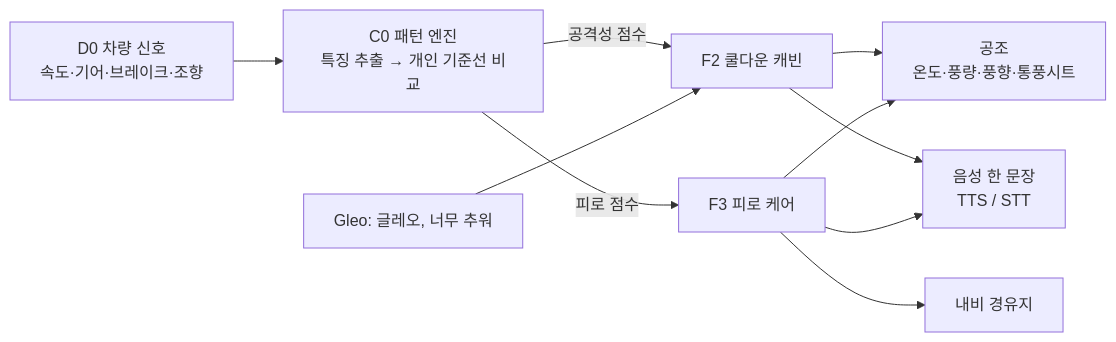
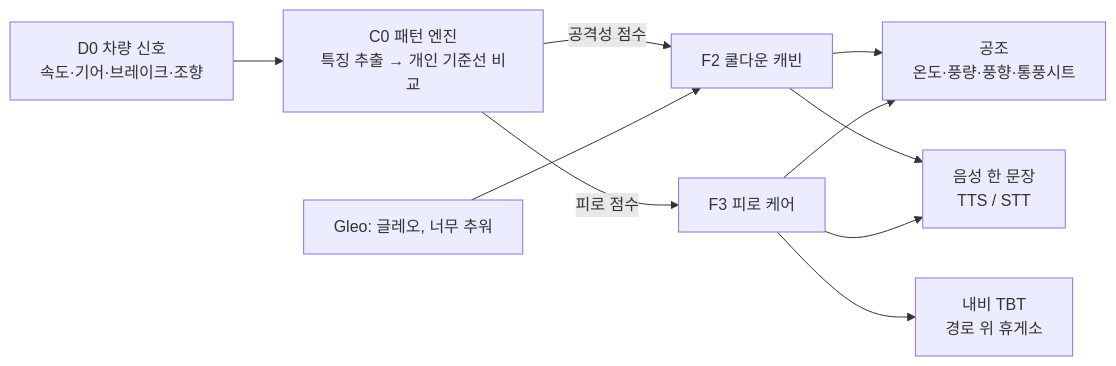
The diagram in README.md (CoolDownTeam/cooldown-copilot), drawn with Mermaid before and after one commit. The commit also changed other lines of this file and 3 other files, not shown here.

````diff
--- a/README.md
+++ b/README.md
@@ -40,11 +40,11 @@
 ```mermaid
 flowchart LR
     D0["D0 차량 신호<br/>속도·기어·브레이크·조향"] --> C0["C0 패턴 엔진<br/>특징 추출 → 개인 기준선 비교"]
     C0 -->|공격성 점수| F2["F2 쿨다운 캐빈"]
     C0 -->|피로 점수| F3["F3 피로 케어"]
     F2 --> HVAC["공조<br/>온도·풍량·풍향·통풍시트"]
     F3 --> HVAC
-    F3 --> NAVI["내비 경유지"]
+    F3 --> NAVI["내비 TBT<br/>경로 위 휴게소"]
     F2 & F3 --> VOICE["음성 한 문장<br/>TTS / STT"]
     GLEO["Gleo: 글레오, 너무 추워"] --> F2
 ```
````
